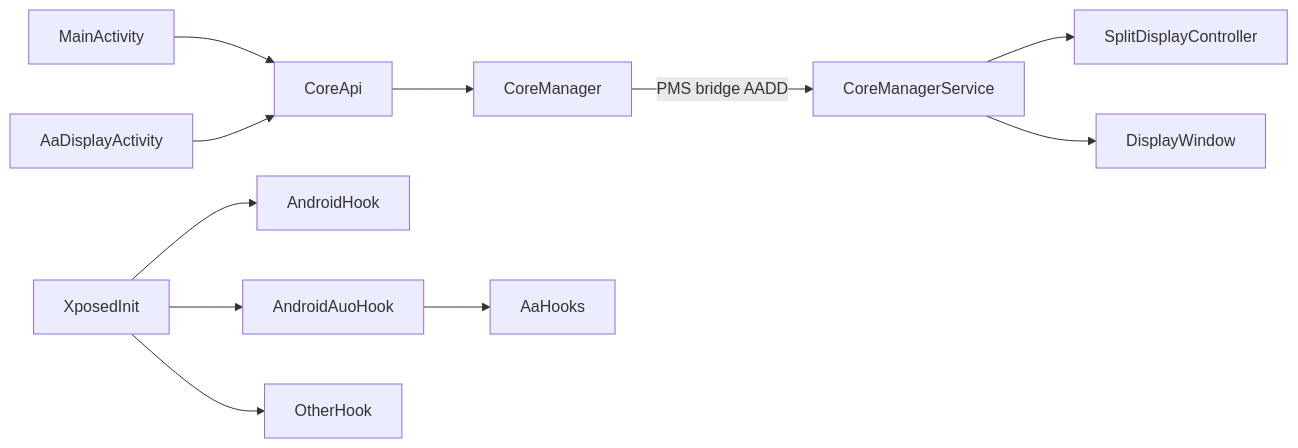
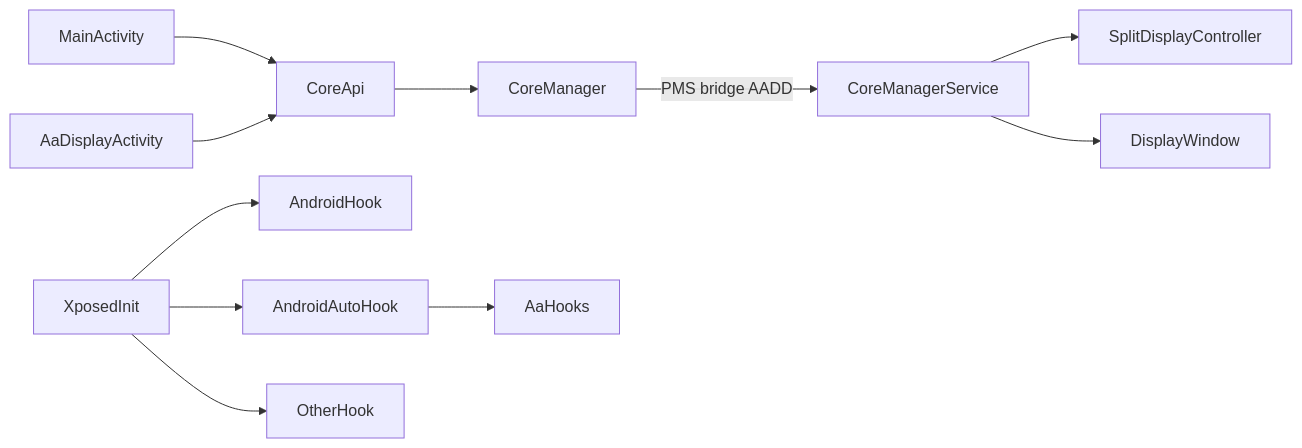
One commit to lagXkjy/AADisplay changed the diagram in AGENTS.md. Above: the diagram before and after it, drawn with Mermaid. The commit also changed other lines of this file and 4 other files, not shown here.

````diff
--- a/AGENTS.md
+++ b/AGENTS.md
@@ -53,13 +53,13 @@
 ```mermaid
 flowchart LR
   XposedInit --> AndroidHook
-  XposedInit --> AndroidAuoHook
+  XposedInit --> AndroidAutoHook
   XposedInit --> OtherHook
   MainActivity --> CoreApi
   AaDisplayActivity --> CoreApi
   CoreApi --> CoreManager
   CoreManager -->|"PMS bridge AADD"| CoreManagerService
   CoreManagerService --> SplitDisplayController
   CoreManagerService --> DisplayWindow
-  AndroidAuoHook --> AaHooks
+  AndroidAutoHook --> AaHooks
 ```
````
